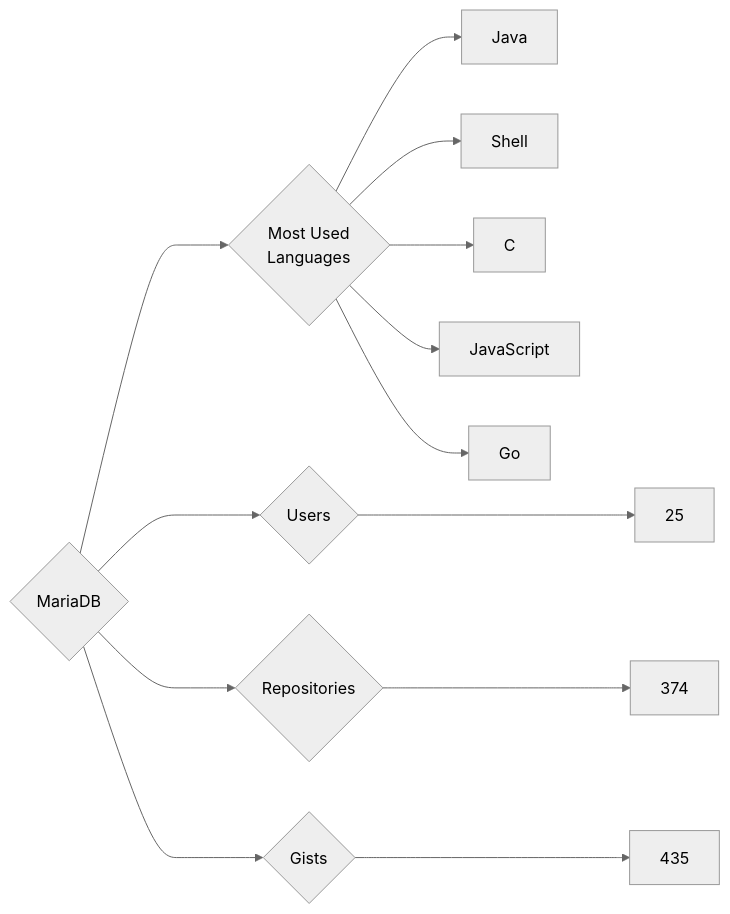
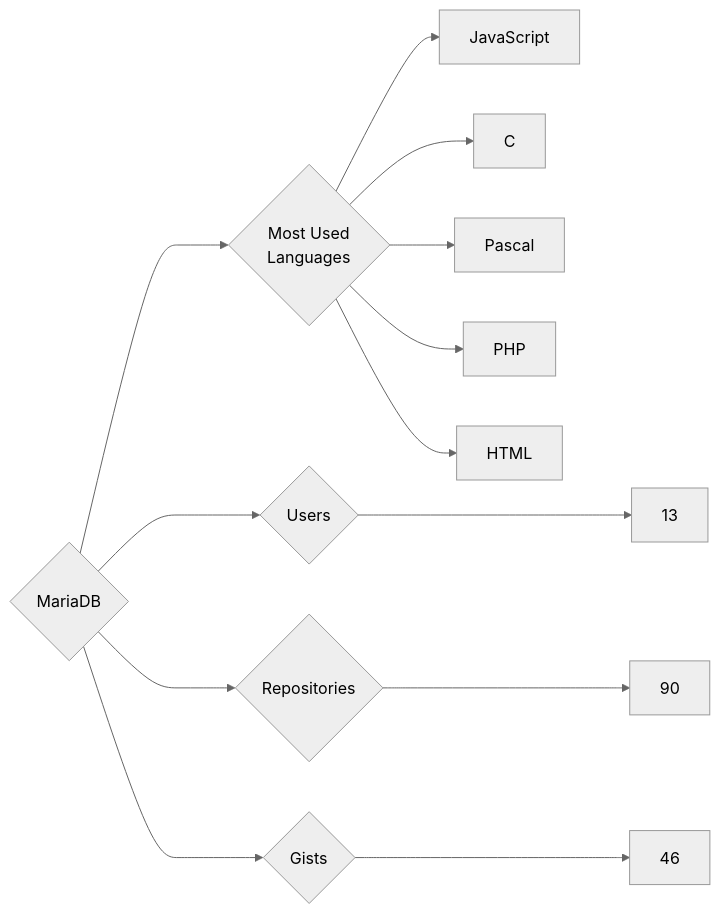
One commit to trickest/insiders changed the diagram in targets/MariaDB/README.md. Above: the diagram before and after it, drawn with Mermaid (neutral theme). The commit also changed 597 other files, not shown here.

````diff
--- a/targets/MariaDB/README.md
+++ b/targets/MariaDB/README.md
@@ -3,13 +3,13 @@
 ```mermaid
 graph LR
 COMPANY_NAME{MariaDB}
-COMPANY_NAME ---> U{Users} ---> UN[25]
-COMPANY_NAME ---> R{Repositories} ---> RN[374]
-COMPANY_NAME ---> G{Gists} ---> GN[435]
+COMPANY_NAME ---> U{Users} ---> UN[13]
+COMPANY_NAME ---> R{Repositories} ---> RN[90]
+COMPANY_NAME ---> G{Gists} ---> GN[46]
 COMPANY_NAME ---> ML{Most Used<br>Languages}
-ML --> Java[Java]
-ML --> Shell[Shell]
+ML --> JavaScript[JavaScript]
 ML --> C[C]
-ML --> JavaScript[JavaScript]
-ML --> Go[Go]
+ML --> Pascal[Pascal]
+ML --> PHP[PHP]
+ML --> HTML[HTML]
 ```
````
